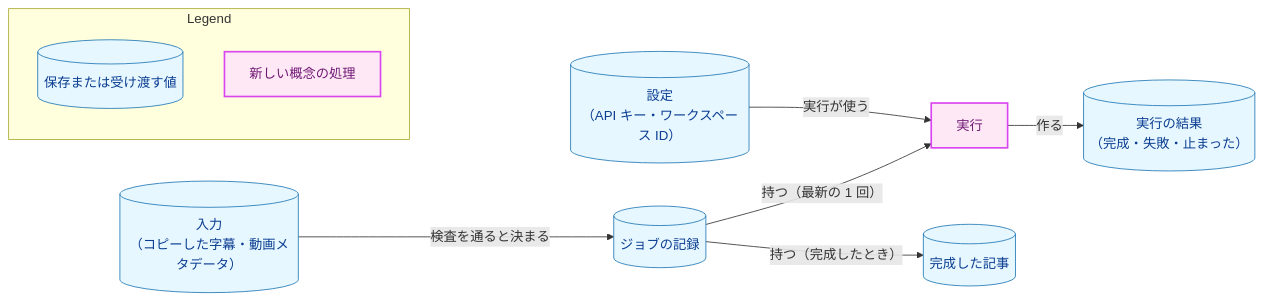
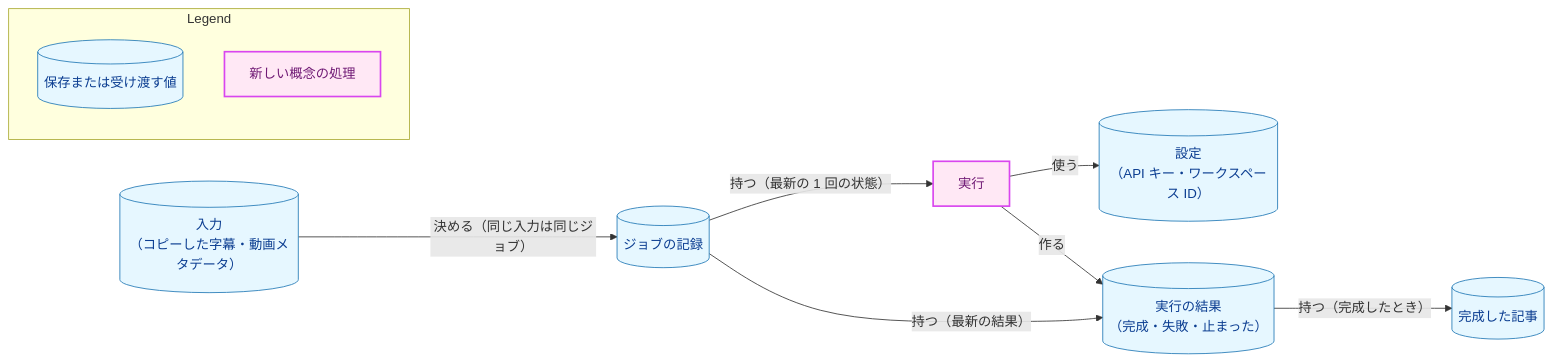
One commit to isseis/yt2column changed the first of 9 diagrams in docs/tasks/0090_extension_only_architecture/02_architecture.md. Above: the diagram before and after it, drawn with Mermaid. The commit also changed other lines of this file and 15 other files, not shown here.

First line of the commit message:
docs(0090): apply the panel review and the prose pass to the architecture

````diff
--- a/docs/tasks/0090_extension_only_architecture/02_architecture.md
+++ b/docs/tasks/0090_extension_only_architecture/02_architecture.md
@@ -54,29 +54,29 @@
 ```mermaid
 flowchart LR
     classDef data fill:#e6f7ff,stroke:#1f77b4,stroke-width:1px,color:#0b3d91;
-    classDef process fill:#fff1e6,stroke:#ff7f0e,stroke-width:1px,color:#8a3e00;
     classDef newpkg fill:#ffe8f5,stroke:#d946ef,stroke-width:2px,color:#701a75;
 
     SET[("設定<br>（API キー・ワークスペース ID）")]
     INPUT[("入力<br>（コピーした字幕・動画メタデータ）")]
     JOB[("ジョブの記録")]
     RUN["実行"]
     ART[("完成した記事")]
     RES[("実行の結果<br>（完成・失敗・止まった）")]
 
-    INPUT -->|"検査を通ると決まる"| JOB
-    JOB -->|"持つ（最新の 1 回）"| RUN
-    SET -->|"実行が使う"| RUN
+    INPUT -->|"決める（同じ入力は同じジョブ）"| JOB
+    JOB -->|"持つ（最新の 1 回の状態）"| RUN
+    RUN -->|"使う"| SET
     RUN -->|"作る"| RES
-    JOB -->|"持つ（完成したとき）"| ART
+    RES -->|"持つ（完成したとき）"| ART
+    JOB -->|"持つ（最新の結果）"| RES
 
     class SET,INPUT,JOB,ART,RES data
     class RUN newpkg
 
     subgraph Legend["Legend"]
         L1[("保存または受け渡す値")]
         L2["新しい概念の処理"]
     end
     class L1 data
     class L2 newpkg
 ```
````
